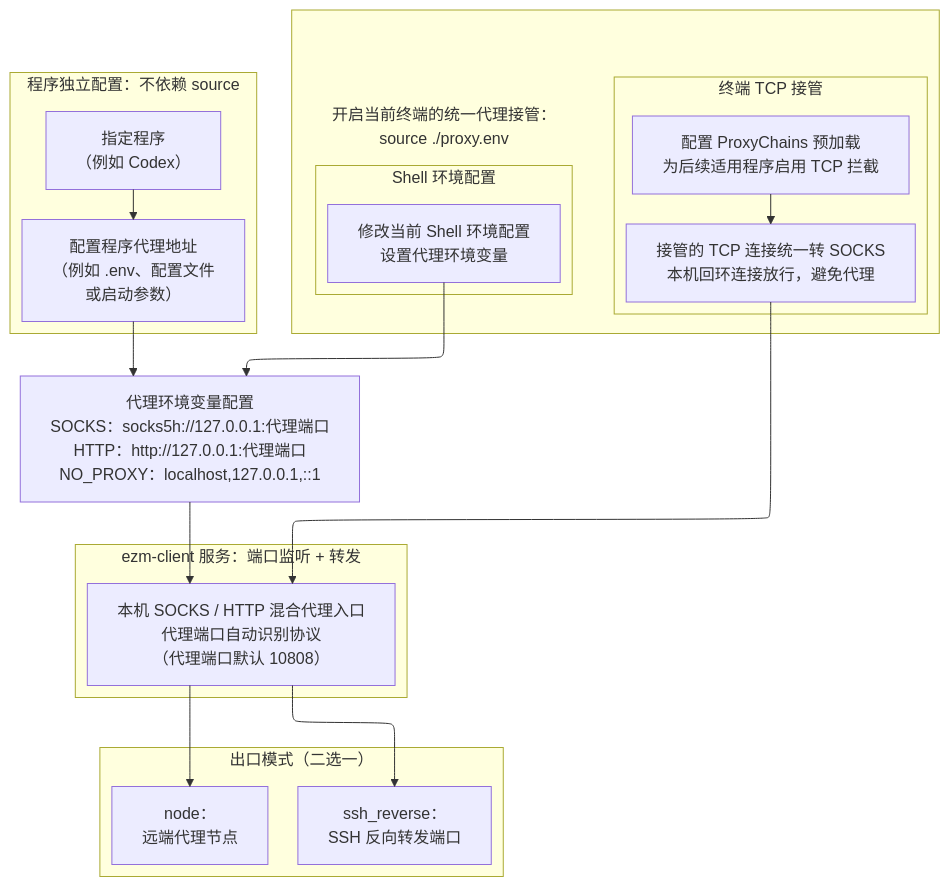
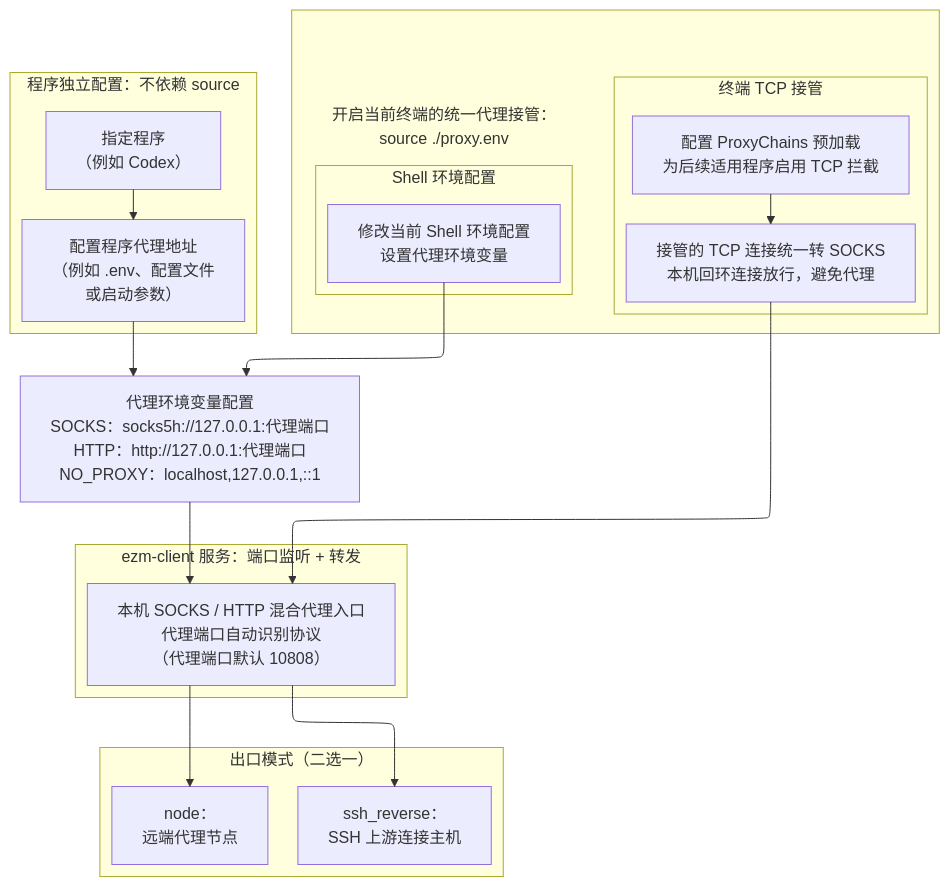
The diagram in ezm-client/README.md (NULL-SF/ez-mihomo), drawn with Mermaid before and after one commit. The commit also changed other lines of this file and 4 other files, not shown here.

````diff
--- a/ezm-client/README.md
+++ b/ezm-client/README.md
@@ -43,57 +85,57 @@
 ```mermaid
 ---
 config:
   layout: elk
   elk:
     mergeEdges: false
   flowchart:
     wrappingWidth: 420
 ---
 flowchart TB
     subgraph TERMINAL[" "]
         direction LR
 
         subgraph INTERCEPT["终端 TCP 接管"]
             direction TB
             ENABLE["配置 ProxyChains 预加载<br/>为后续适用程序启用 TCP 拦截"]
             PC["接管的 TCP 连接统一转 SOCKS<br/>本机回环连接放行，避免代理"]
             ENABLE --> PC
         end
 
         subgraph SHELL_COLUMN["<div style='text-align:center'>开启当前终端的统一代理接管：<br/>source ./proxy.env</div>"]
             direction TB
 
             subgraph CONFIG["Shell 环境配置"]
                 ENV["修改当前 Shell 环境配置<br/>设置代理环境变量"]
             end
         end
     end
 
     subgraph NATIVE["程序独立配置：不依赖 source"]
         direction TB
         PROGRAM["指定程序<br/>（例如 Codex）"]
         PROGCONFIG["配置程序代理地址<br/>（例如 .env、配置文件<br/>或启动参数）"]
         PROGRAM --> PROGCONFIG
     end
 
     PROXYCONFIG["代理环境变量配置<br/>SOCKS：socks5h://127.0.0.1:代理端口<br/>HTTP：http://127.0.0.1:代理端口<br/>NO_PROXY：localhost,127.0.0.1,::1"]
 
     PROGCONFIG --> PROXYCONFIG
     ENV --> PROXYCONFIG
 
     subgraph MIHOMO["ezm-client 服务：端口监听 + 转发"]
         MIX["本机 SOCKS / HTTP 混合代理入口<br/>代理端口自动识别协议<br/>（代理端口默认 10808）"]
     end
 
     PC --> MIX
     PROXYCONFIG --> MIX
 
     subgraph OUT["出口模式（二选一）"]
         NODE["node：<br/>远端代理节点"]
-        SSH["ssh_reverse：<br/>SSH 反向转发端口"]
+        SSH["ssh_reverse：<br/>SSH 上游连接主机"]
     end
     MIX --> NODE
     MIX --> SSH
 
     style SHELL_COLUMN fill:transparent,stroke:transparent
 ```
````
